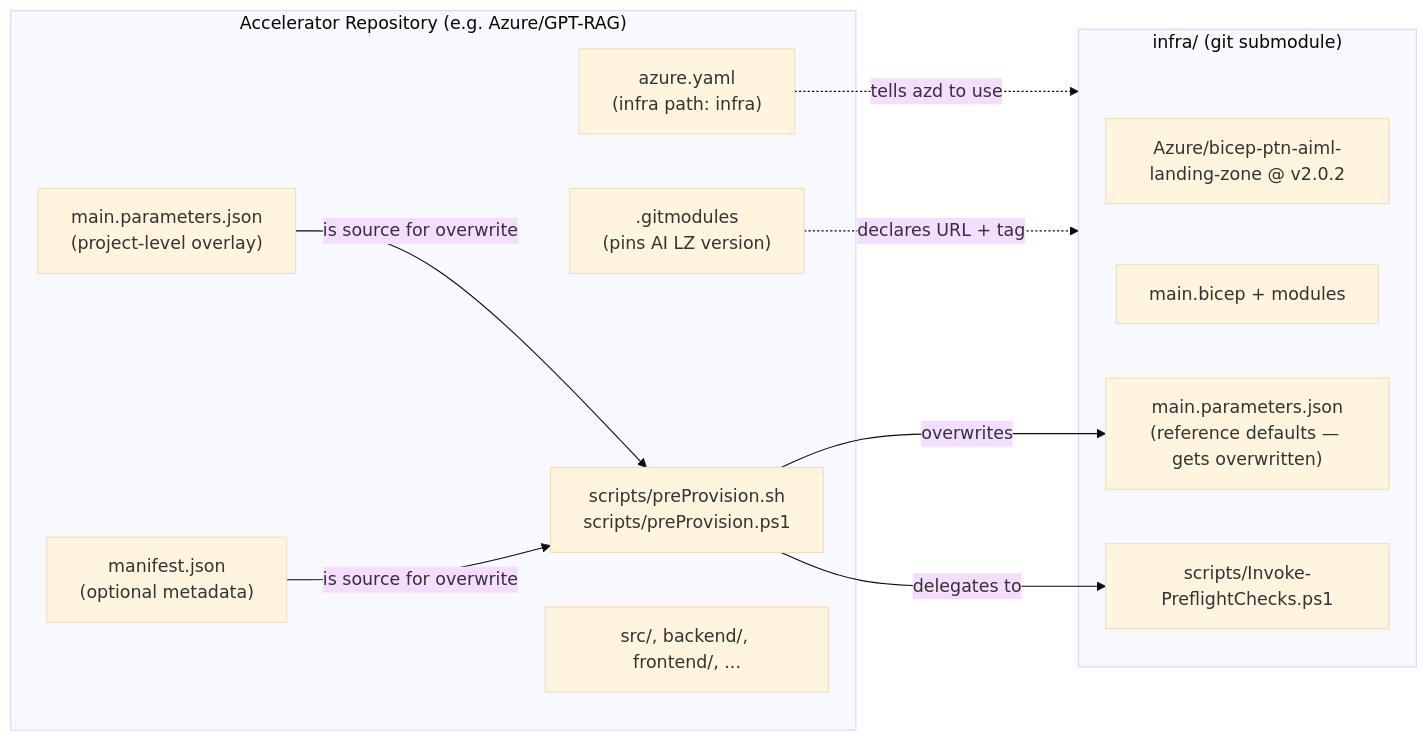
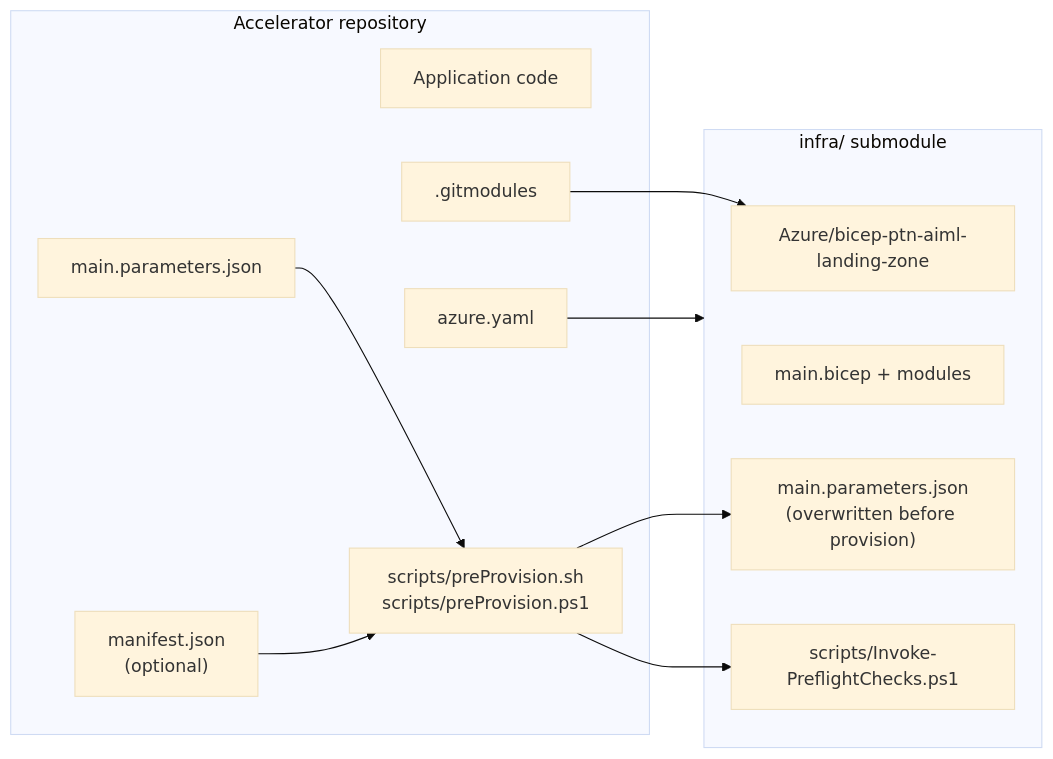
One commit to Azure/AI-Landing-Zones changed the first of 2 diagrams in docs/bicep/accelerator-pattern.md. Above: the diagram before and after it, drawn with Mermaid (base theme). The commit also changed other lines of this file, not shown here.

Commit message:
Simplify accelerator pattern documentation

````diff
--- a/docs/bicep/accelerator-pattern.md
+++ b/docs/bicep/accelerator-pattern.md
@@ -33,23 +29,23 @@
 ```mermaid
 flowchart LR
-    subgraph Accelerator["Accelerator Repository (e.g. Azure/GPT-RAG)"]
-        AY["azure.yaml<br/>(infra path: infra)"]
-        GM[".gitmodules<br/>(pins AI LZ version)"]
+    subgraph Accelerator["Accelerator repository"]
+        APP["Application code"]
+        AZD["azure.yaml"]
+        GM[".gitmodules"]
         PP["scripts/preProvision.sh<br/>scripts/preProvision.ps1"]
-        MP["main.parameters.json<br/>(project-level overlay)"]
-        MJ["manifest.json<br/>(optional metadata)"]
-        APP["src/, backend/, frontend/, ..."]
+        PARAMS["main.parameters.json"]
+        MANIFEST["manifest.json<br/>(optional)"]
     end
-    subgraph Submodule["infra/ (git submodule)"]
-        SUB["Azure/bicep-ptn-aiml-landing-zone @ v2.0.2"]
-        MB["main.bicep + modules"]
-        SUB_PARAMS["main.parameters.json<br/>(reference defaults — gets overwritten)"]
-        PFC["scripts/Invoke-PreflightChecks.ps1"]
+    subgraph Infra["infra/ submodule"]
+        LZ["Azure/bicep-ptn-aiml-landing-zone"]
+        BICEP["main.bicep + modules"]
+        LZPARAMS["main.parameters.json<br/>(overwritten before provision)"]
+        CHECKS["scripts/Invoke-PreflightChecks.ps1"]
     end
-    AY -. "tells azd to use" .-> Submodule
-    GM -. "declares URL + tag" .-> Submodule
-    PP -- "overwrites" --> SUB_PARAMS
-    MP -- "is source for overwrite" --> PP
-    MJ -- "is source for overwrite" --> PP
-    PP -- "delegates to" --> PFC
+    GM --> LZ
+    AZD --> Infra
+    PARAMS --> PP
+    MANIFEST --> PP
+    PP --> LZPARAMS
+    PP --> CHECKS
 ```
````
